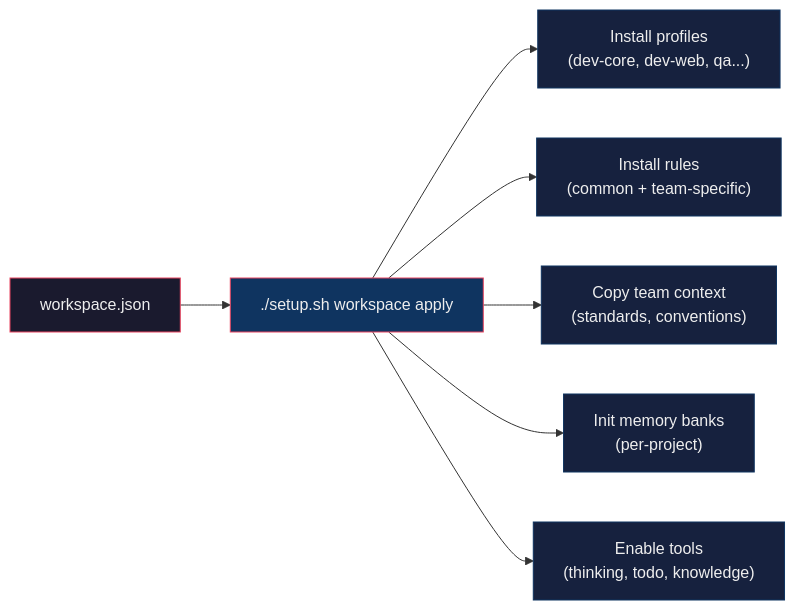
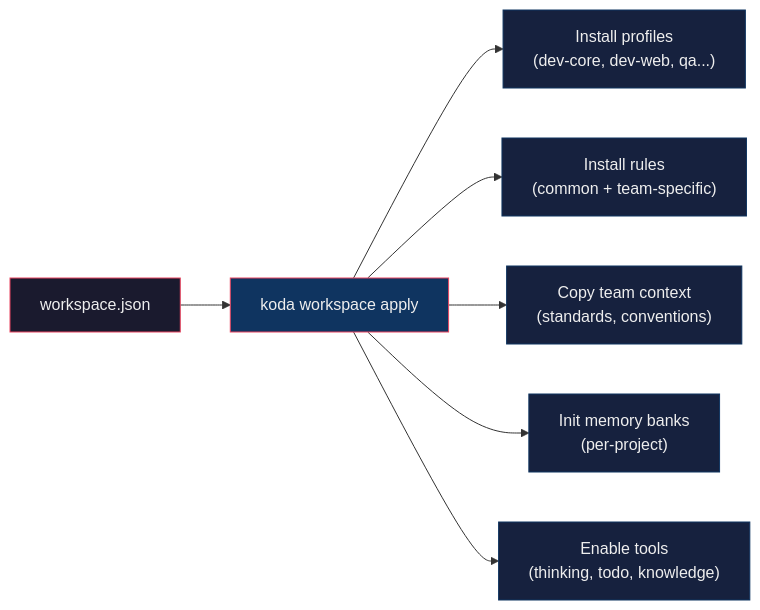
Before and after one commit to rsanchez-disney/steer-runtime: the diagram in docs/TEAM_WORKSPACES.md, drawn with Mermaid. The commit also changed other lines of this file and 21 other files, not shown here.

First line of the commit message:
docs: migrate setup.sh references to koda across all documentation

````diff
--- a/docs/TEAM_WORKSPACES.md
+++ b/docs/TEAM_WORKSPACES.md
@@ -26,17 +26,17 @@
 ```mermaid
 graph LR
-    ws["workspace.json"] --> apply["./setup.sh workspace apply"]
+    ws["workspace.json"] --> apply["koda workspace apply"]
     apply --> profiles["Install profiles<br/>(dev-core, dev-web, qa...)"]
     apply --> rules["Install rules<br/>(common + team-specific)"]
     apply --> context["Copy team context<br/>(standards, conventions)"]
     apply --> memory["Init memory banks<br/>(per-project)"]
     apply --> tools["Enable tools<br/>(thinking, todo, knowledge)"]
 
     style ws fill:#1a1a2e,stroke:#e94560,color:#eee
     style apply fill:#0f3460,stroke:#e94560,color:#eee
     style profiles fill:#16213e,stroke:#0f3460,color:#eee
     style rules fill:#16213e,stroke:#0f3460,color:#eee
     style context fill:#16213e,stroke:#0f3460,color:#eee
     style memory fill:#16213e,stroke:#0f3460,color:#eee
     style tools fill:#16213e,stroke:#0f3460,color:#eee
 ```
````
